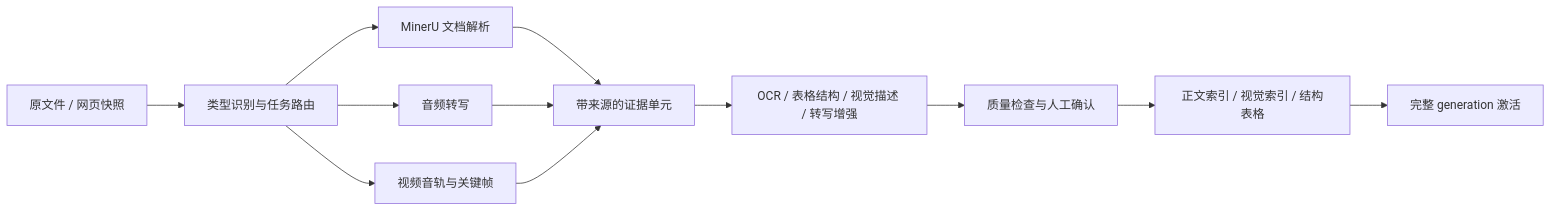
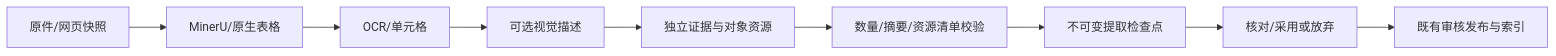
The diagram in docs/multimodal-ingestion.md (Huuyii-sleeping/KnowBase), drawn with Mermaid before and after one commit. The commit also changed other lines of this file and 14 other files, not shown here.

````diff
--- a/docs/multimodal-ingestion.md
+++ b/docs/multimodal-ingestion.md
@@ -29,14 +24,11 @@
 ```mermaid
 flowchart LR
-    A[原文件 / 网页快照] --> B[类型识别与任务路由]
-    B --> C[MinerU 文档解析]
-    B --> D[音频转写]
-    B --> E[视频音轨与关键帧]
-    C --> F[带来源的证据单元]
-    D --> F
-    E --> F
-    F --> G[OCR / 表格结构 / 视觉描述 / 转写增强]
-    G --> H[质量检查与人工确认]
-    H --> I[正文索引 / 视觉索引 / 结构表格]
-    I --> J[完整 generation 激活]
+  A[原件/网页快照] --> B[MinerU/原生表格]
+  B --> C[OCR/单元格]
+  C --> D[可选视觉描述]
+  D --> E[独立证据与对象资源]
+  E --> F[数量/摘要/资源清单校验]
+  F --> G[不可变提取检查点]
+  G --> H[核对/采用或放弃]
+  H --> I[既有审核发布与索引]
 ```
````
